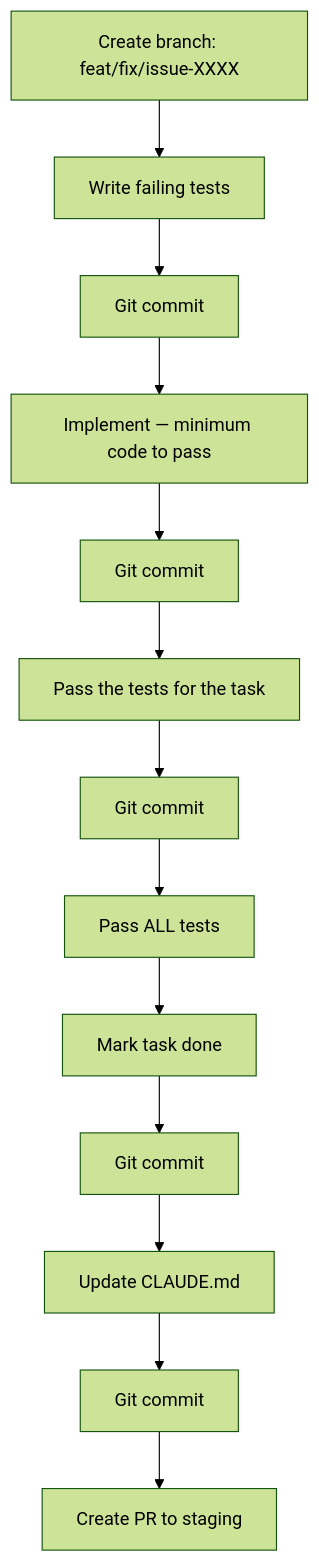
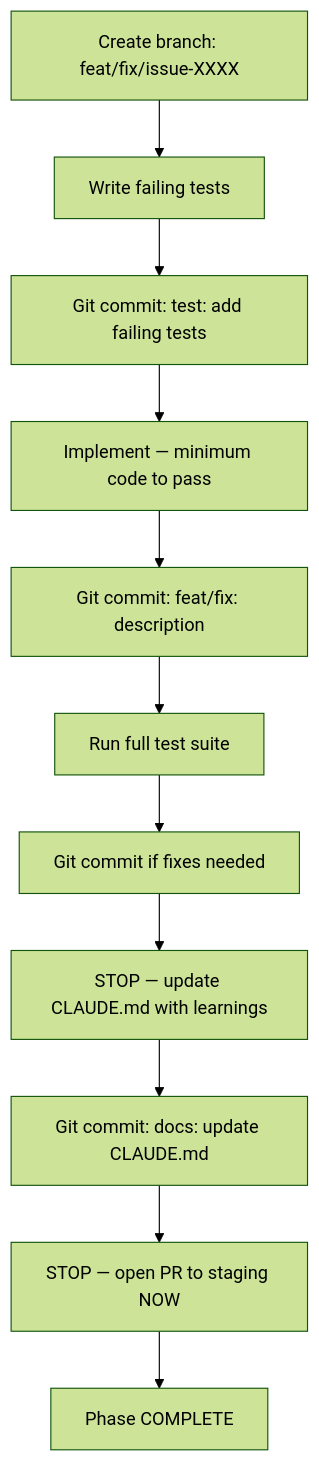
Before and after one commit to doccerz/kasero: the diagram in docs/coding-guidelines.md, drawn with Mermaid (forest theme). The commit also changed other lines of this file and 1 other file, not shown here.

Commit message:
docs: enforce steps 7-9 (CLAUDE.md update + PR) in per-phase workflow
Expand AGENTS.md per-phase loop to explicitly include update CLAUDE.md,
commit, and open PR to staging steps. Add plan file override warning.
Replace coding-guidelines.md mermaid diagram with STOP-gated nodes so
the open PR is the terminal node instead of 'Mark task done'.

````diff
--- a/docs/coding-guidelines.md
+++ b/docs/coding-guidelines.md
@@ -17,16 +19,14 @@
 ```mermaid
 graph TD
     A0[Create branch: feat/fix/issue-XXXX]
     A0 --> A[Write failing tests]
-    A --> B[Git commit]
+    A --> B[Git commit: test: add failing tests]
     B --> C[Implement — minimum code to pass]
-    C --> D[Git commit]
-    D --> E[Pass the tests for the task]
-    E --> F[Git commit]
-    F --> G[Pass ALL tests]
-    G --> H[Mark task done]
-    H --> I[Git commit]
-    I --> J[Update CLAUDE.md]
-    J --> K[Git commit]
-    K --> L[Create PR to staging]
+    C --> D[Git commit: feat/fix: description]
+    D --> E[Run full test suite]
+    E --> F[Git commit if fixes needed]
+    F --> G[STOP — update CLAUDE.md with learnings]
+    G --> H[Git commit: docs: update CLAUDE.md]
+    H --> I[STOP — open PR to staging NOW]
+    I --> J[Phase COMPLETE]
 ```
````
